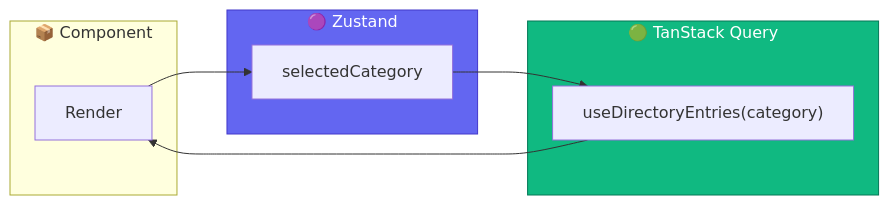
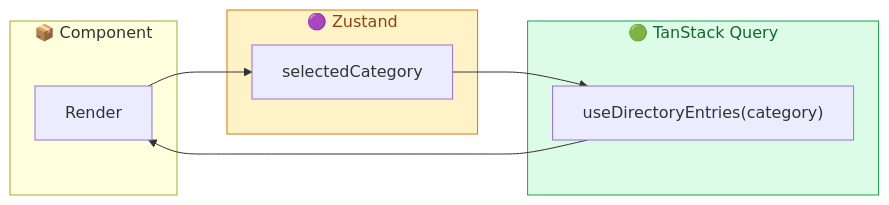
One commit to deznode/nosilha changed the third of 3 diagrams in docs/state-management.md. Above: the diagram before and after it, drawn with Mermaid. The commit also changed other lines of this file and 8 other files, not shown here.

````diff
--- a/docs/state-management.md
+++ b/docs/state-management.md
@@ -395,21 +395,21 @@
 ```mermaid
 flowchart LR
     subgraph Component["📦 Component"]
         render["Render"]
     end
 
     subgraph Zustand["🟣 Zustand"]
         category["selectedCategory"]
     end
 
     subgraph Query["🟢 TanStack Query"]
         hook["useDirectoryEntries(category)"]
     end
 
     category --> hook
     hook --> render
     render --> category
 
-    style Zustand fill:#6366f1,stroke:#4338ca,color:#fff
-    style Query fill:#10b981,stroke:#047857,color:#fff
+    style Zustand fill:#fef3c7,stroke:#d97706,color:#92400e
+    style Query fill:#dcfce7,stroke:#16a34a,color:#166534
 ```
````
